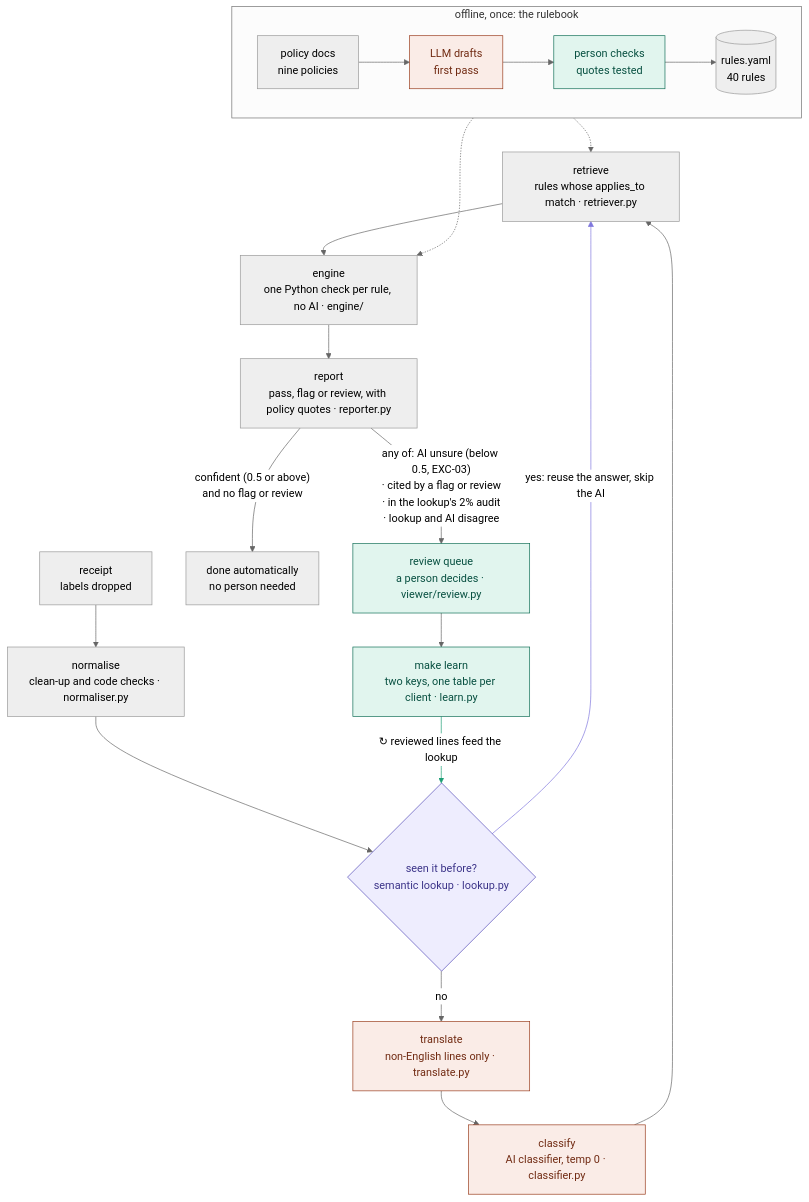
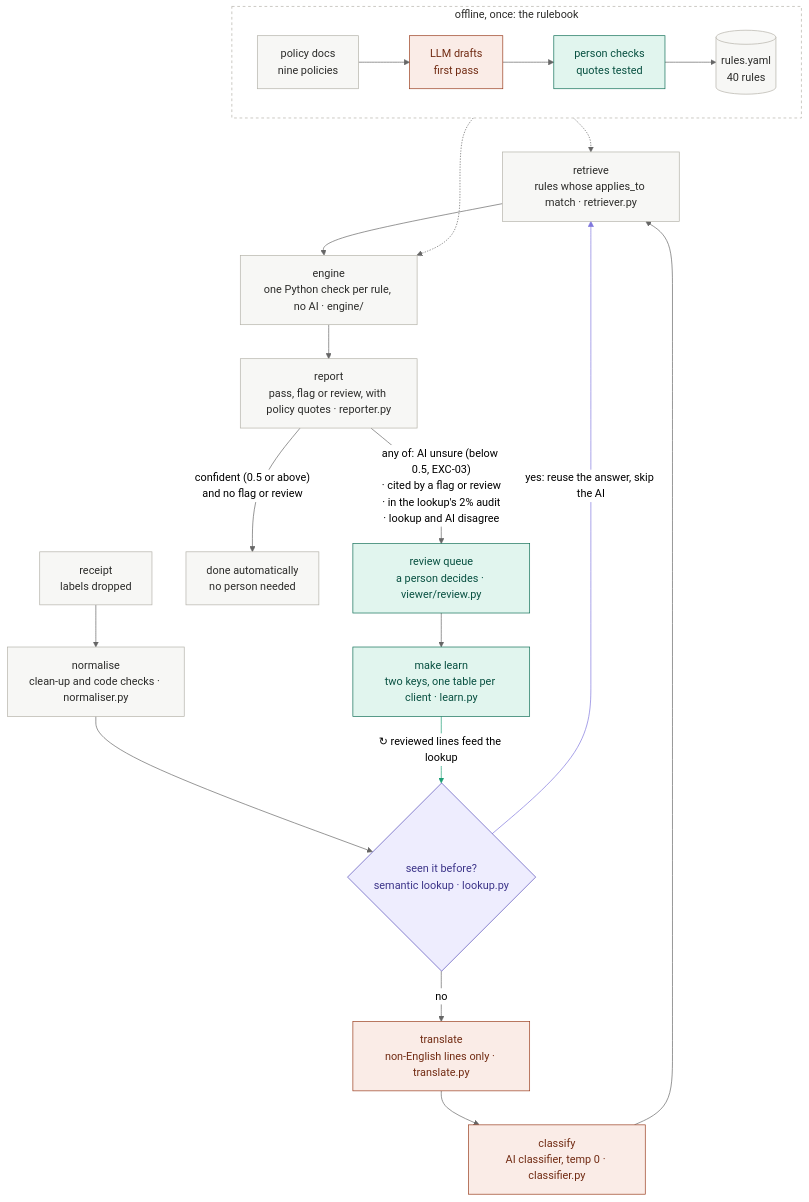
The diagram in README.md (laasyaaprasad/expense-policy-validator), drawn with Mermaid (neutral theme) before and after one commit. The commit also changed 3 other files, not shown here.

First line of the commit message:
Give the Mermaid diagrams neutral boxes so only the colour key stands out

````diff
--- a/README.md
+++ b/README.md
@@ -14,29 +14,31 @@
 ```mermaid
 flowchart TB
     R["receipt<br/>labels dropped"] --> N["normalise<br/>clean-up and code checks · normaliser.py"]
     N --> L{"seen it before?<br/>semantic lookup · lookup.py"}
     L -- "no" --> T["translate<br/>non-English lines only · translate.py"]
     T --> K["classify<br/>AI classifier, temp 0 · classifier.py"]
     K --> P["retrieve<br/>rules whose applies_to match · retriever.py"]
     L -- "yes: reuse the answer, skip the AI" --> P
     P --> E["engine<br/>one Python check per rule, no AI · engine/"]
     E --> O["report<br/>pass, flag or review, with policy quotes · reporter.py"]
     O -- "confident (0.5 or above)<br/>and no flag or review" --> A["done automatically<br/>no person needed"]
     O -- "any of: AI unsure (below 0.5, EXC-03)<br/>· cited by a flag or review<br/>· in the lookup's 2% audit<br/>· lookup and AI disagree" --> Q["review queue<br/>a person decides · viewer/review.py"]
     Q --> G["make learn<br/>two keys, one table per client · learn.py"]
     G -- "↻ reviewed lines feed the lookup" --> L
     subgraph offline["offline, once: the rulebook"]
         direction LR
         D["policy docs<br/>nine policies"] --> Y1["LLM drafts<br/>first pass"] --> Y2["person checks<br/>quotes tested"] --> Y[("rules.yaml<br/>40 rules")]
     end
     Y -.-> P
     Y -.-> E
+    classDef default fill:#F7F7F5,stroke:#B4B2A9,color:#2C2C2A
     classDef ai fill:#FAECE7,stroke:#993C1D,color:#712B13
     classDef lookup fill:#EEEDFE,stroke:#534AB7,color:#3C3489
     classDef people fill:#E1F5EE,stroke:#0F6E56,color:#085041
     class Y1,T,K ai
     class L lookup
     class Y2,Q,G people
+    style offline fill:#FFFFFF,stroke:#B4B2A9,stroke-dasharray:4 4,color:#2C2C2A
     linkStyle 5 stroke:#7F77DD
     linkStyle 11 stroke:#1D9E75
 ```
````
